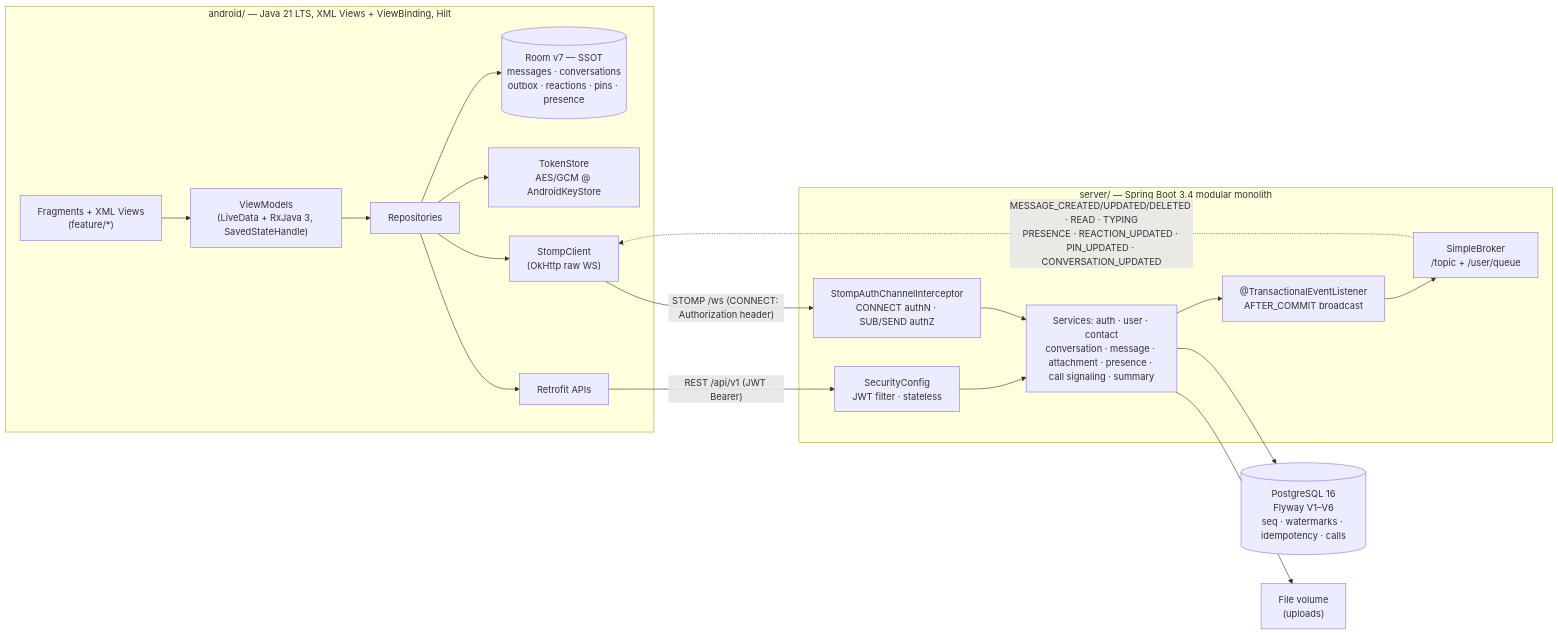
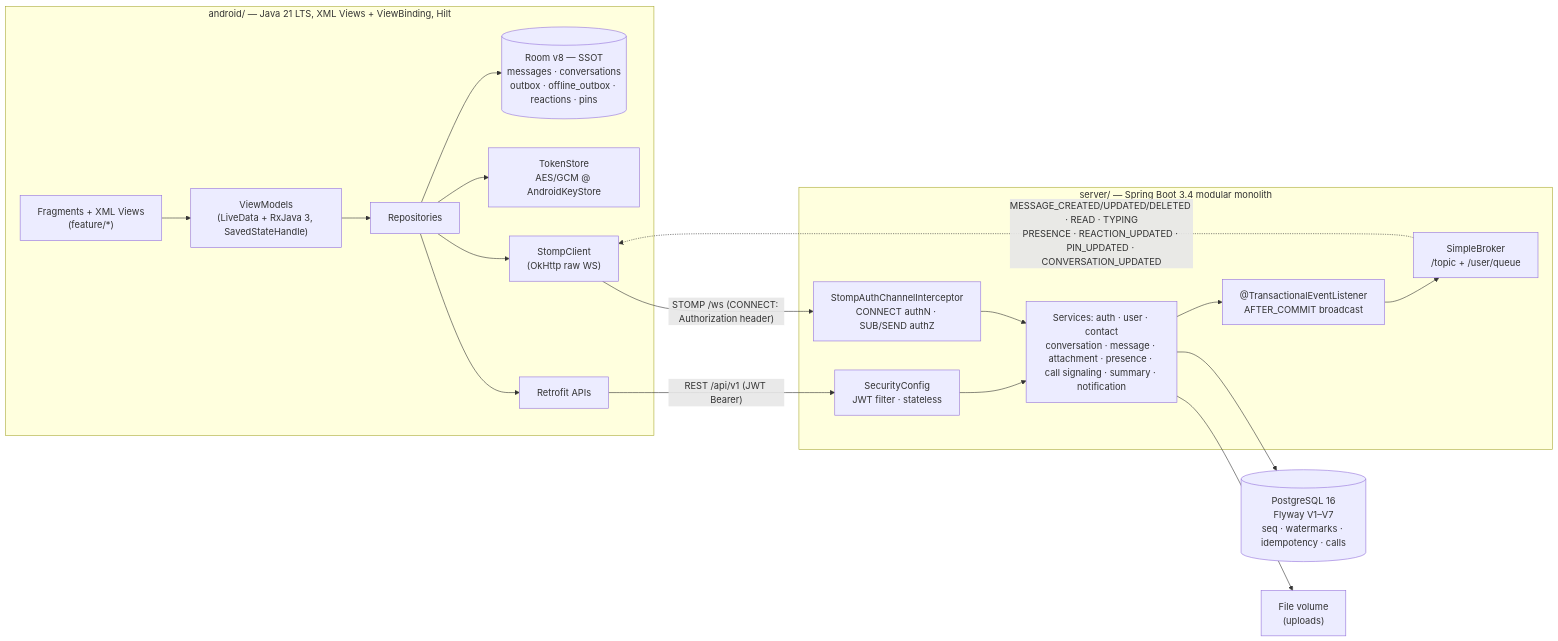
The diagram in README.md (JasonTM17/Nexachat_AppJ), drawn with Mermaid before and after one commit. The commit also changed other lines of this file and 10 other files, not shown here.

Commit message:
docs: reconcile architectural claims and protocols with shipped source

````diff
--- a/README.md
+++ b/README.md
@@ -98,29 +98,29 @@
 ```mermaid
 flowchart LR
     subgraph Android["android/ — Java 21 LTS, XML Views + ViewBinding, Hilt"]
         UI["Fragments + XML Views<br/>(feature/*)"] --> VM["ViewModels<br/>(LiveData + RxJava 3, SavedStateHandle)"]
         VM --> REPO["Repositories"]
-        REPO --> ROOM[("Room v7 — SSOT<br/>messages · conversations<br/>outbox · reactions · pins · presence")]
+        REPO --> ROOM[("Room v8 — SSOT<br/>messages · conversations<br/>outbox · offline_outbox · reactions · pins")]
         REPO --> TS["TokenStore<br/>AES/GCM @ AndroidKeyStore"]
         REPO --> ST["StompClient<br/>(OkHttp raw WS)"]
         REPO --> RT["Retrofit APIs"]
     end
 
     subgraph Server["server/ — Spring Boot 3.4 modular monolith"]
         SEC["SecurityConfig<br/>JWT filter · stateless"]
         INT["StompAuthChannelInterceptor<br/>CONNECT authN · SUB/SEND authZ"]
-        SVC["Services: auth · user · contact<br/>conversation · message · attachment · presence · call signaling · summary"]
+        SVC["Services: auth · user · contact<br/>conversation · message · attachment · presence · call signaling · summary · notification"]
         EVT["@TransactionalEventListener<br/>AFTER_COMMIT broadcast"]
         BR["SimpleBroker<br/>/topic + /user/queue"]
     end
 
-    DB[("PostgreSQL 16<br/>Flyway V1–V6<br/>seq · watermarks · idempotency · calls")]
+    DB[("PostgreSQL 16<br/>Flyway V1–V7<br/>seq · watermarks · idempotency · calls")]
     FS["File volume<br/>(uploads)"]
 
     RT -- "REST /api/v1 (JWT Bearer)" --> SEC --> SVC
     ST -- "STOMP /ws (CONNECT: Authorization header)" --> INT --> SVC
     SVC --> DB
     SVC --> FS
     SVC --> EVT --> BR
     BR -. "MESSAGE_CREATED/UPDATED/DELETED · READ · TYPING<br/>PRESENCE · REACTION_UPDATED · PIN_UPDATED · CONVERSATION_UPDATED" .-> ST
 ```
````
